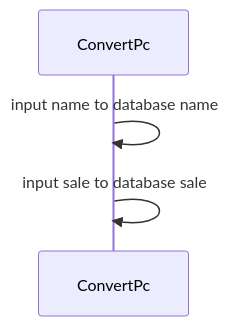
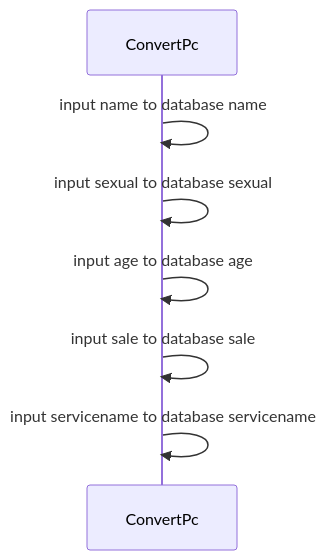
Before and after one commit to sakuriver/DocumentManagement: the third of 3 diagrams in cobolsampleflow.md, drawn with Mermaid.

````diff
--- a/cobolsampleflow.md
+++ b/cobolsampleflow.md
@@ -44,6 +44,10 @@
 ```mermaid
 sequenceDiagram
     participant ConvertPc
     ConvertPc->>ConvertPc: input name to database name
+    ConvertPc->>ConvertPc: input sexual to database sexual    
+    ConvertPc->>ConvertPc: input age to database age    
     ConvertPc->>ConvertPc: input sale to database sale
+    ConvertPc->>ConvertPc: input servicename to database servicename
+
 ```
````
